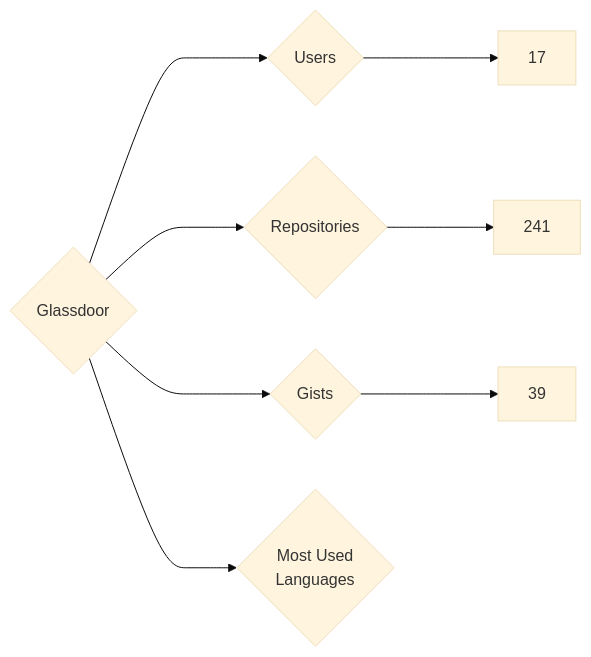
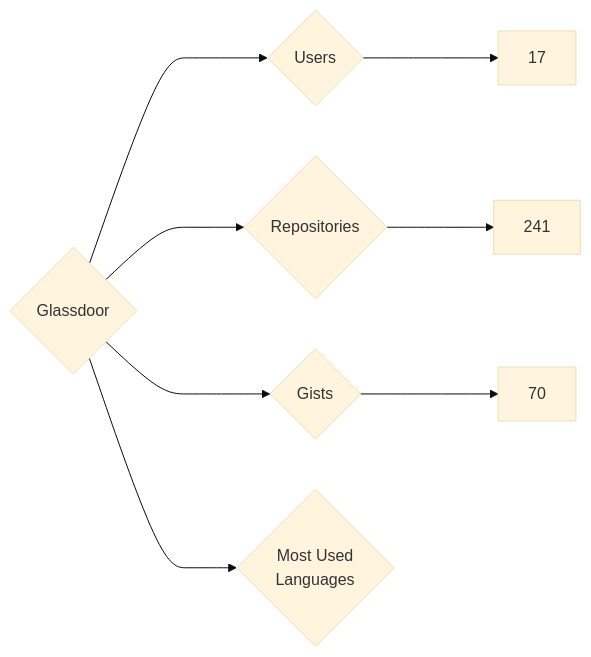
The diagram in targets/Glassdoor/README.md (nenadzaric/insiders), drawn with Mermaid (base theme) before and after one commit. The commit also changed 1342 other files, not shown here.

````diff
--- a/targets/Glassdoor/README.md
+++ b/targets/Glassdoor/README.md
@@ -3,8 +3,8 @@
 ```mermaid
 graph LR
 COMPANY_NAME{Glassdoor}
 COMPANY_NAME ---> U{Users} ---> UN[17]
 COMPANY_NAME ---> R{Repositories} ---> RN[241]
-COMPANY_NAME ---> G{Gists} ---> GN[39]
+COMPANY_NAME ---> G{Gists} ---> GN[70]
 COMPANY_NAME ---> ML{Most Used<br>Languages}
 ```
````
